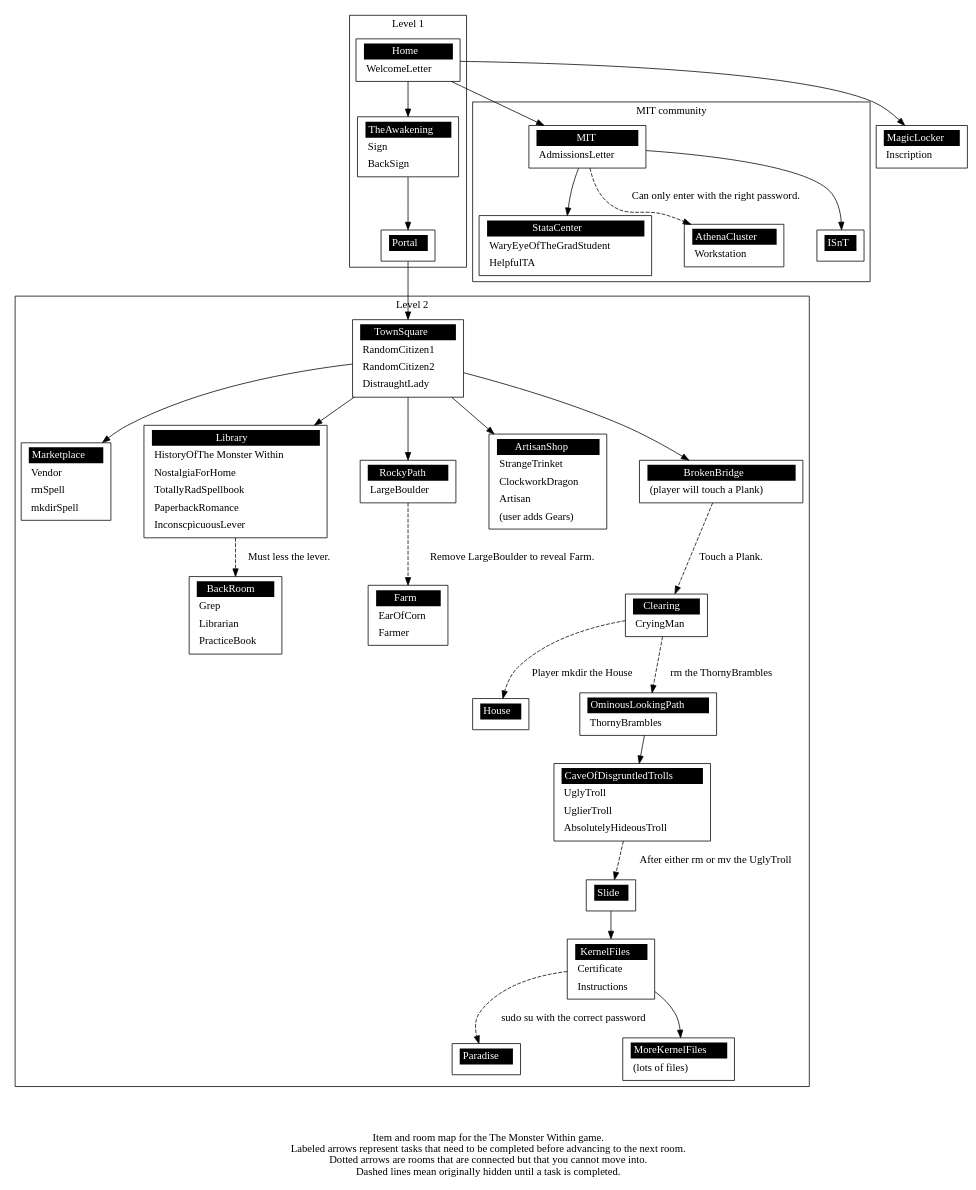
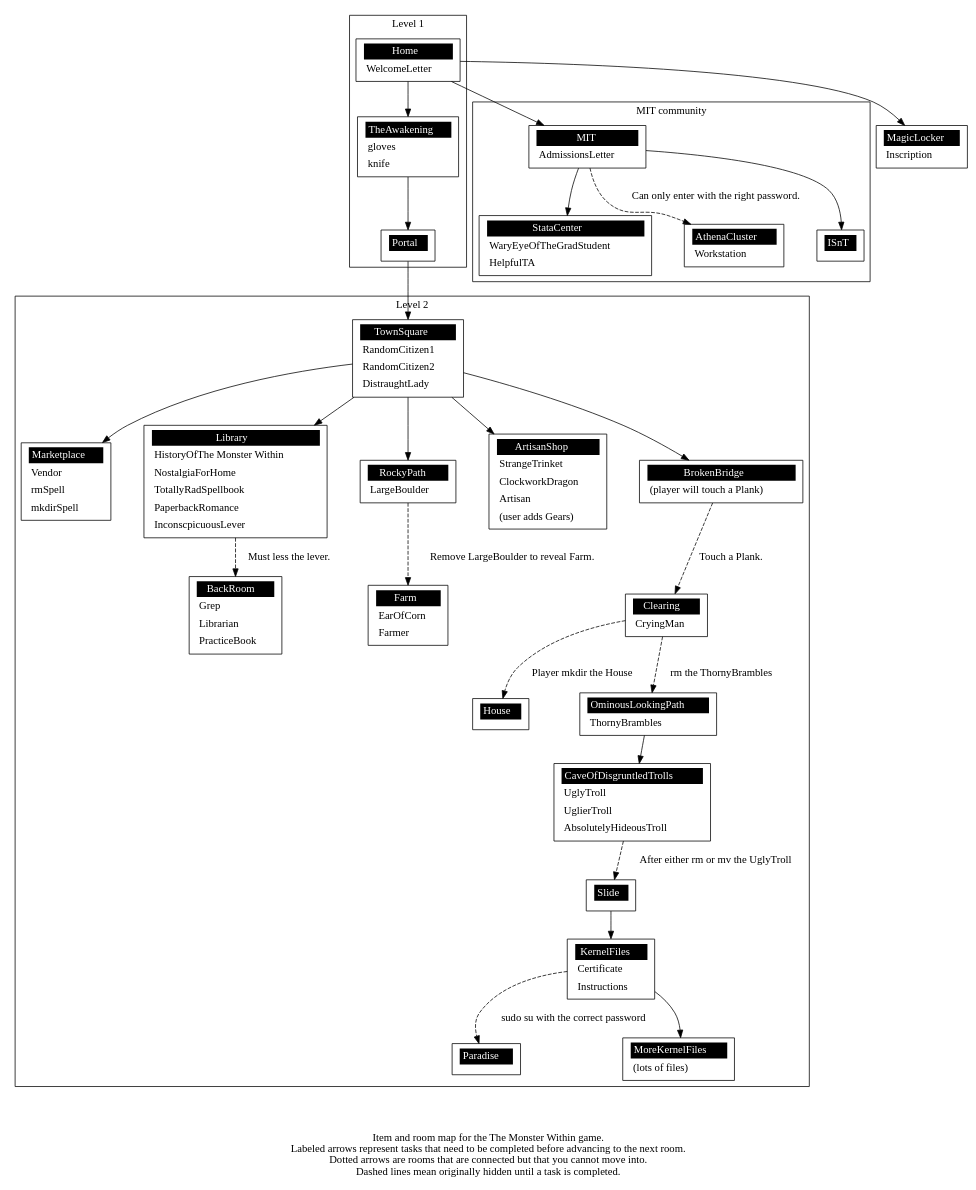
The diagram in docs/level_map.gv (VerisimilitudeX/TheMonsterWithin), drawn with Graphviz before and after one commit.

Commit message:
added items

```diff
--- a/docs/level_map.gv
+++ b/docs/level_map.gv
@@ -18,8 +18,8 @@
 	"TheAwakening" [label = 
 	<<table border="0" cellborder="0" cellpadding="3" bgcolor="white"><tr>
 	<td bgcolor="black" align="center" colspan="2"><font color="white">TheAwakening</font></td></tr><tr>
-	<td align="left" port="r0">Sign</td></tr>
-	<tr><td align="left" port="r1">BackSign</td></tr>
+	<td align="left" port="r0">gloves</td></tr>
+	<tr><td align="left" port="r1">knife</td></tr>
 	</table>>];
 
 	
```
